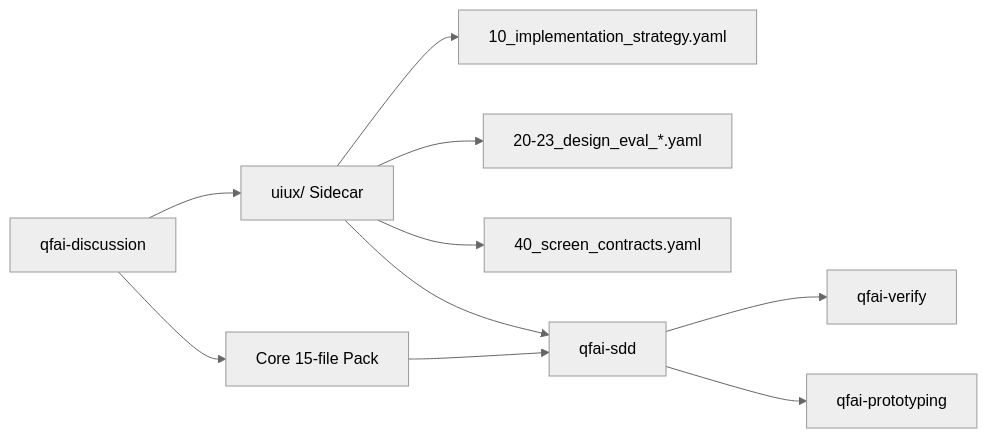
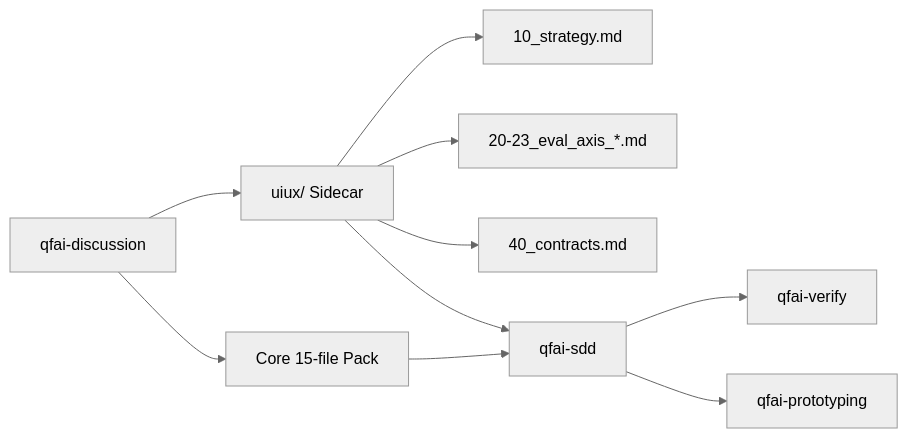
The diagram in .qfai/discussion/discussion-20260328120000000/02_Inception-Deck.md (aganesy/QFAI), drawn with Mermaid (neutral theme) before and after one commit. The commit also changed other lines of this file and 6 other files, not shown here.

````diff
--- a/.qfai/discussion/discussion-20260328120000000/02_Inception-Deck.md
+++ b/.qfai/discussion/discussion-20260328120000000/02_Inception-Deck.md
@@ -84,12 +84,12 @@
 ```mermaid
 flowchart LR
     Discussion["qfai-discussion"] --> CorePack["Core 15-file Pack"]
     Discussion --> Sidecar["uiux/ Sidecar"]
-    Sidecar --> Strategy["10_implementation_strategy.yaml"]
-    Sidecar --> Scoring["20-23_design_eval_*.yaml"]
-    Sidecar --> Contracts["40_screen_contracts.yaml"]
+    Sidecar --> Strategy["10_strategy.md"]
+    Sidecar --> Scoring["20-23_eval_axis_*.md"]
+    Sidecar --> Contracts["40_contracts.md"]
     CorePack --> SDD["qfai-sdd"]
     Sidecar --> SDD
     SDD --> Verify["qfai-verify"]
     SDD --> Proto["qfai-prototyping"]
 ```
````
